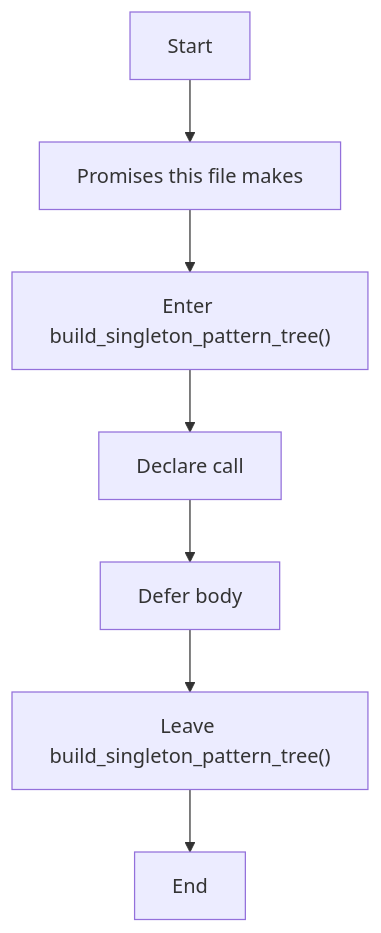
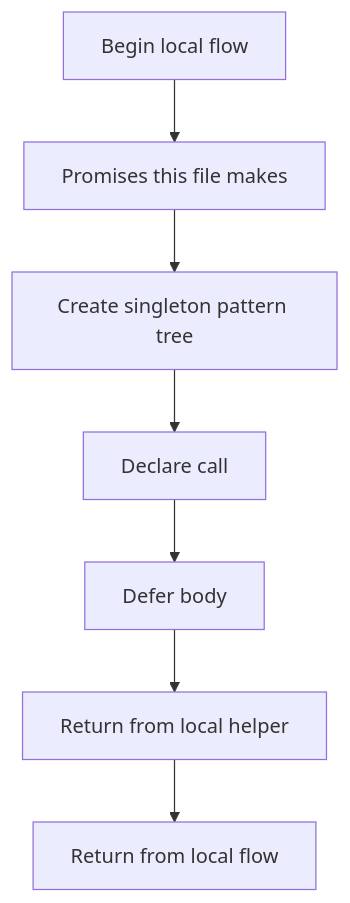
One commit to JohnAndrewBalbarosa/NeoTerritory changed the first of 2 diagrams in docs/Codebase/Microservice/Modules/Header/SyntacticBrokenAST/Analysis/Patterns/Creational/Singleton/core.hpp.md. Above: the diagram before and after it, drawn with Mermaid. The commit also changed other lines of this file and 925 other files, not shown here.

````diff
--- a/docs/Codebase/Microservice/Modules/Header/SyntacticBrokenAST/Analysis/Patterns/Creational/Singleton/core.hpp.md
+++ b/docs/Codebase/Microservice/Modules/Header/SyntacticBrokenAST/Analysis/Patterns/Creational/Singleton/core.hpp.md
@@ -22,16 +21,16 @@
 ```mermaid
 flowchart TD
-    Start["Start"]
+    Start["Begin local flow"]
     N0["Promises this file makes"]
-    N1["Enter build_singleton_pattern_tree()"]
+    N1["Create singleton pattern tree"]
     N2["Declare call"]
     N3["Defer body"]
-    N4["Leave build_singleton_pattern_tree()"]
-    End["End"]
+    N4["Return from local helper"]
+    End["Return from local flow"]
     Start --> N0
     N0 --> N1
     N1 --> N2
     N2 --> N3
     N3 --> N4
     N4 --> End
 ```
````
